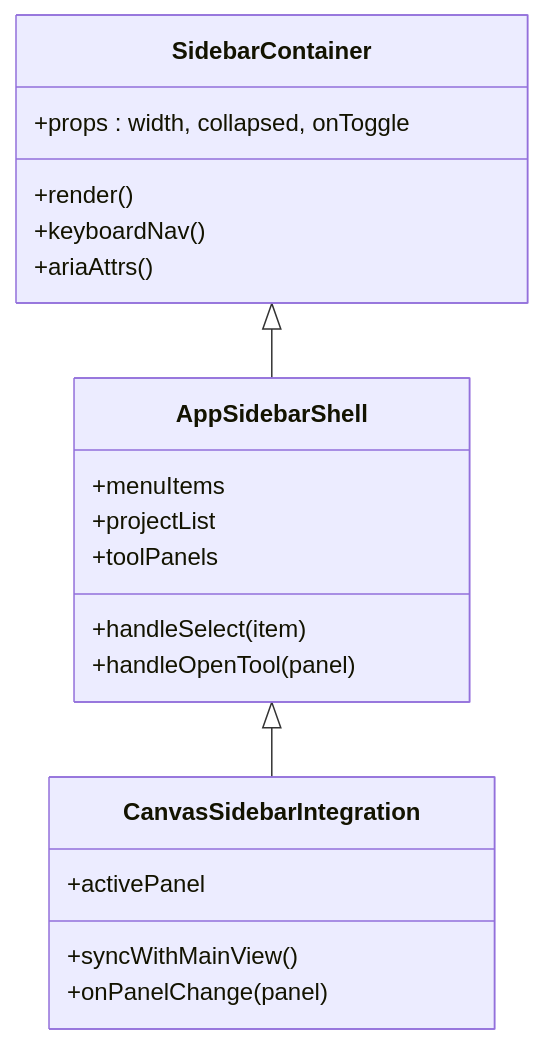
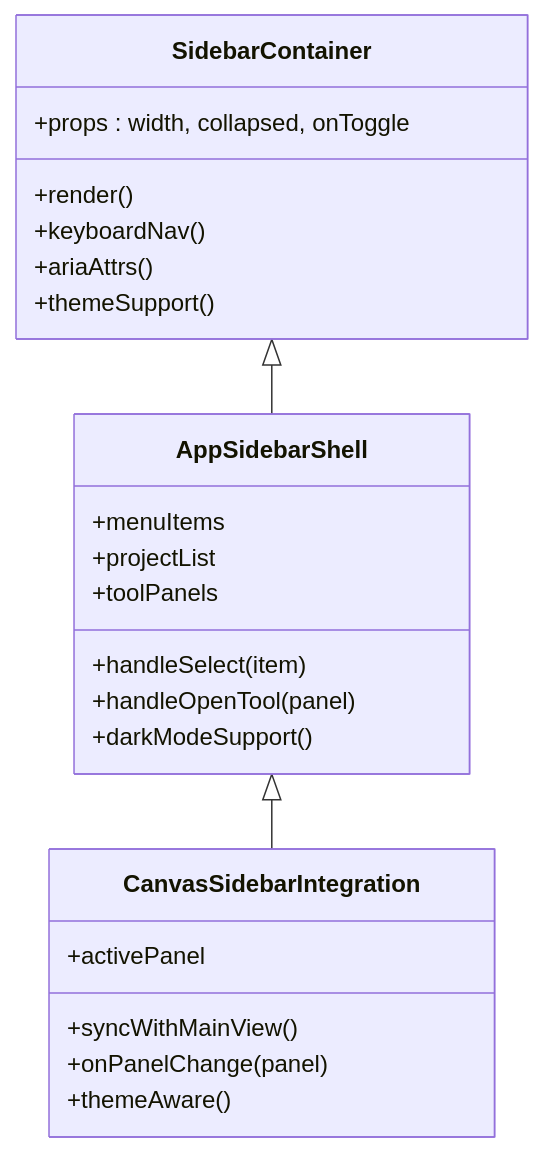
The second of 8 diagrams in .qoder/repowiki/zh/content/UI 组件库/业务组件/侧边栏组件.md (AIMFllyYS/code-video-canvas), drawn with Mermaid before and after one commit. The commit also changed other lines of this file and 51 other files, not shown here.

````diff
--- a/.qoder/repowiki/zh/content/UI 组件库/业务组件/侧边栏组件.md
+++ b/.qoder/repowiki/zh/content/UI 组件库/业务组件/侧边栏组件.md
@@ -125,23 +134,26 @@
 ```mermaid
 classDiagram
 class SidebarContainer {
 +props : width, collapsed, onToggle
 +render()
 +keyboardNav()
 +ariaAttrs()
++themeSupport()
 }
 class AppSidebarShell {
 +menuItems
 +projectList
 +toolPanels
 +handleSelect(item)
 +handleOpenTool(panel)
++darkModeSupport()
 }
 class CanvasSidebarIntegration {
 +activePanel
 +syncWithMainView()
 +onPanelChange(panel)
++themeAware()
 }
 SidebarContainer <|-- AppSidebarShell
 AppSidebarShell <|-- CanvasSidebarIntegration
 ```
````
